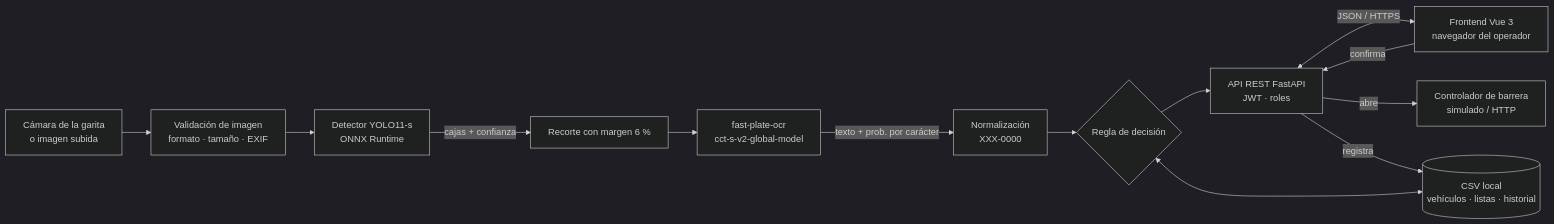
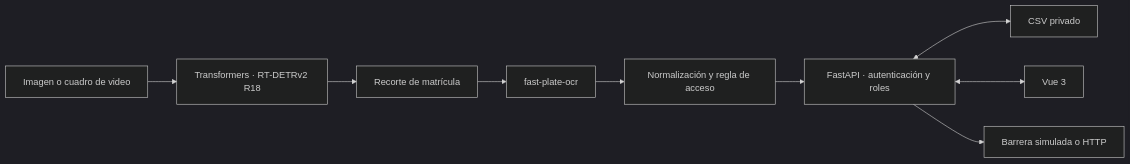
The diagram in docs/arquitectura.md (eduardoceballos666/SIRAP_USA_ECUADOR), drawn with Mermaid (dark theme) before and after one commit. The commit also changed other lines of this file and 78 other files, not shown here.

Commit message:
Migrar SIRAP a RT-DETRv2 con Transformers

````diff
--- a/docs/arquitectura.md
+++ b/docs/arquitectura.md
@@ -7,15 +5,11 @@
 ```mermaid
 flowchart LR
-    CAM[Cámara de la garita<br/>o imagen subida] --> VAL[Validación de imagen<br/>formato · tamaño · EXIF]
-    VAL --> DET[Detector YOLO11-s<br/>ONNX Runtime]
-    DET -->|cajas + confianza| CROP[Recorte con margen 6 %]
-    CROP --> OCR[fast-plate-ocr<br/>cct-s-v2-global-model]
-    OCR -->|texto + prob. por carácter| NORM[Normalización<br/>XXX-0000]
-    NORM --> DEC{Regla de decisión}
-    DB[(CSV local<br/>vehículos · listas · historial)] <--> DEC
-    DEC --> API[API REST FastAPI<br/>JWT · roles]
-    API <-->|JSON / HTTPS| UI[Frontend Vue 3<br/>navegador del operador]
-    UI -->|confirma| API
-    API -->|abre| BAR[Controlador de barrera<br/>simulado / HTTP]
-    API -->|registra| DB
+    IMG[Imagen o cuadro de video] --> DET[Transformers · RT-DETRv2 R18]
+    DET --> CROP[Recorte de matrícula]
+    CROP --> OCR[fast-plate-ocr]
+    OCR --> DEC[Normalización y regla de acceso]
+    DEC --> API[FastAPI · autenticación y roles]
+    API <--> CSV[CSV privado]
+    API <--> UI[Vue 3]
+    API --> BAR[Barrera simulada o HTTP]
 ```
````
